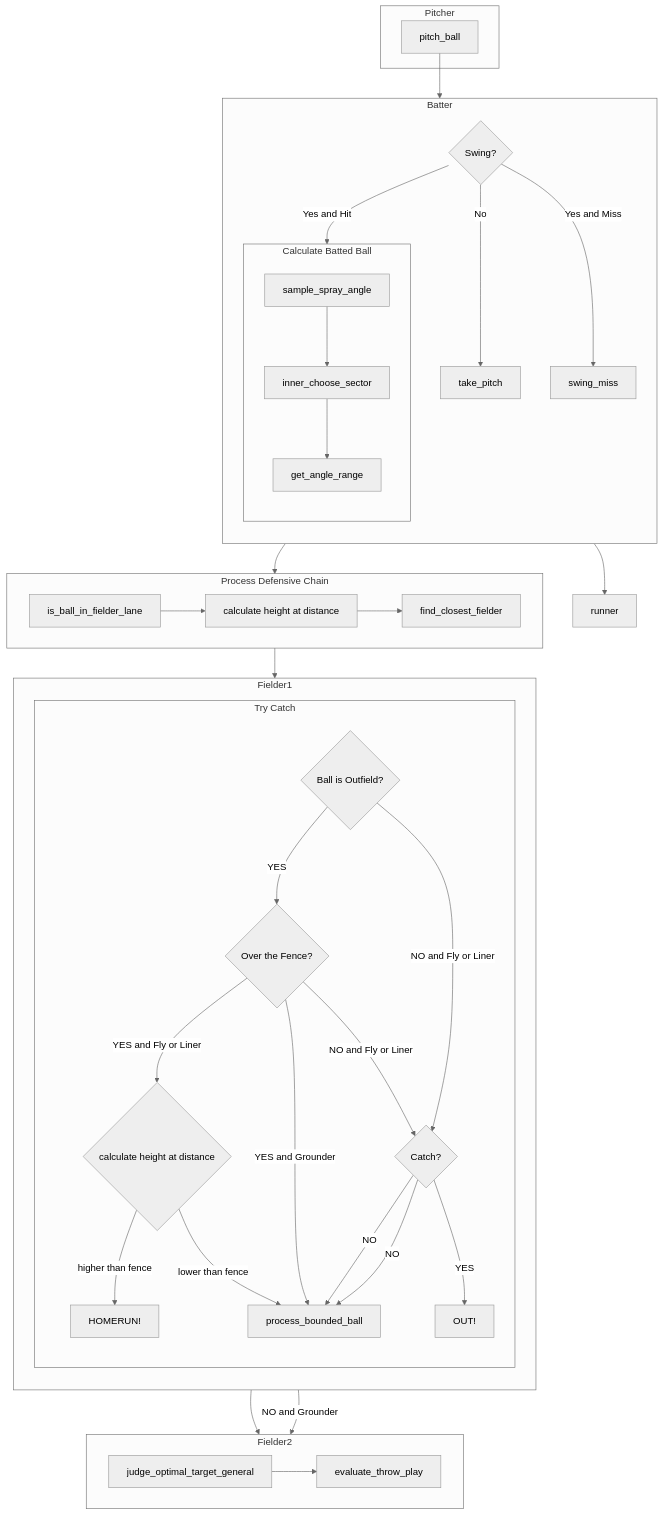
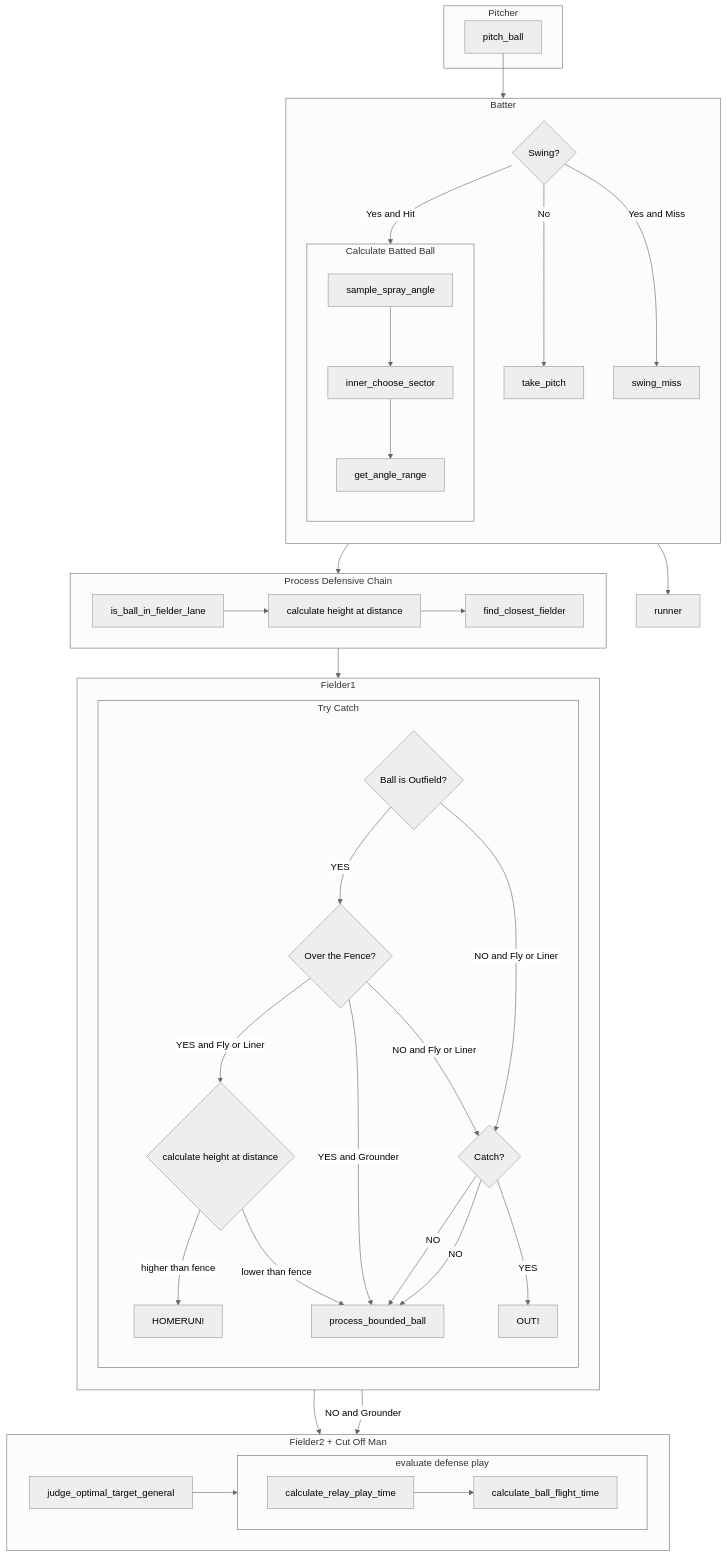
Before and after one commit to torafugu/saberbb: the diagram in docs/ball_play_diagram.mmd, drawn with Mermaid (neutral theme). The commit also changed other lines of this file and 2 other files, not shown here.

Commit message:
calculate_cutoff_position was added

```diff
--- a/docs/ball_play_diagram.mmd
+++ b/docs/ball_play_diagram.mmd
@@ -1,55 +1,59 @@
 flowchart TD
   subgraph pitcher["Pitcher"]
     pitch_ball
   end
 
   pitch_ball --> batter
     
   subgraph batter["Batter"]
     direction TB
     swing{Swing?}
     swing --> |No|take_pitch
     swing --> |Yes and Miss|swing_miss
     swing --> |Yes and Hit|calculate_batted_ball
   end
 
   subgraph calculate_batted_ball["Calculate Batted Ball"]
     direction TB
     sample_spray_angle --> inner_choose_sector --> get_angle_range
   end
 
   calculate_batted_ball --> process_defensive_chain
   calculate_batted_ball --> runner
 
   subgraph process_defensive_chain["Process Defensive Chain"]
     is_ball_in_fielder_lane --> calculate_height_at_distance1["calculate height at distance"]
     calculate_height_at_distance1 --> find_closest_fielder
   end
 
   process_defensive_chain --> fielder1
 
   subgraph fielder1["Fielder1"]
     direction TB
     try_catch
   end
 
   subgraph try_catch["Try Catch"]
     direction TB
     outfield{Ball is Outfield?} --> |YES|over_the_fence{Over the Fence?}
     over_the_fence --> |YES and Fly or Liner|calculate_height_at_distance2{"calculate height at distance"}
     calculate_height_at_distance2 --> |higher than fence|HOMERUN!
     calculate_height_at_distance2 --> |lower than fence|process_bounded_ball
     over_the_fence --> |YES and Grounder|process_bounded_ball
     over_the_fence --> |NO and Fly or Liner|catch_fly{Catch?}
     outfield{Ball is Outfield?} --> |NO and Fly or Liner|catch_fly{Catch?}
     catch_fly --> |YES|OUT!
     catch_fly --> |NO|process_bounded_ball
     catch_fly --> |NO|process_bounded_ball
   end
 
   process_bounded_ball --> fielder2
     outfield{Ball is Outfield?} --> |NO and Grounder|fielder2
 
-  subgraph fielder2["Fielder2"]
-    judge_optimal_target_general --> evaluate_throw_play
+  subgraph fielder2["Fielder2 + Cut Off Man"]
+    judge_optimal_target_general --> evaluate_defense_play
   end
+
+  subgraph evaluate_defense_play["evaluate defense play"]
+    calculate_relay_play_time --> calculate_ball_flight_time
+  end
```
